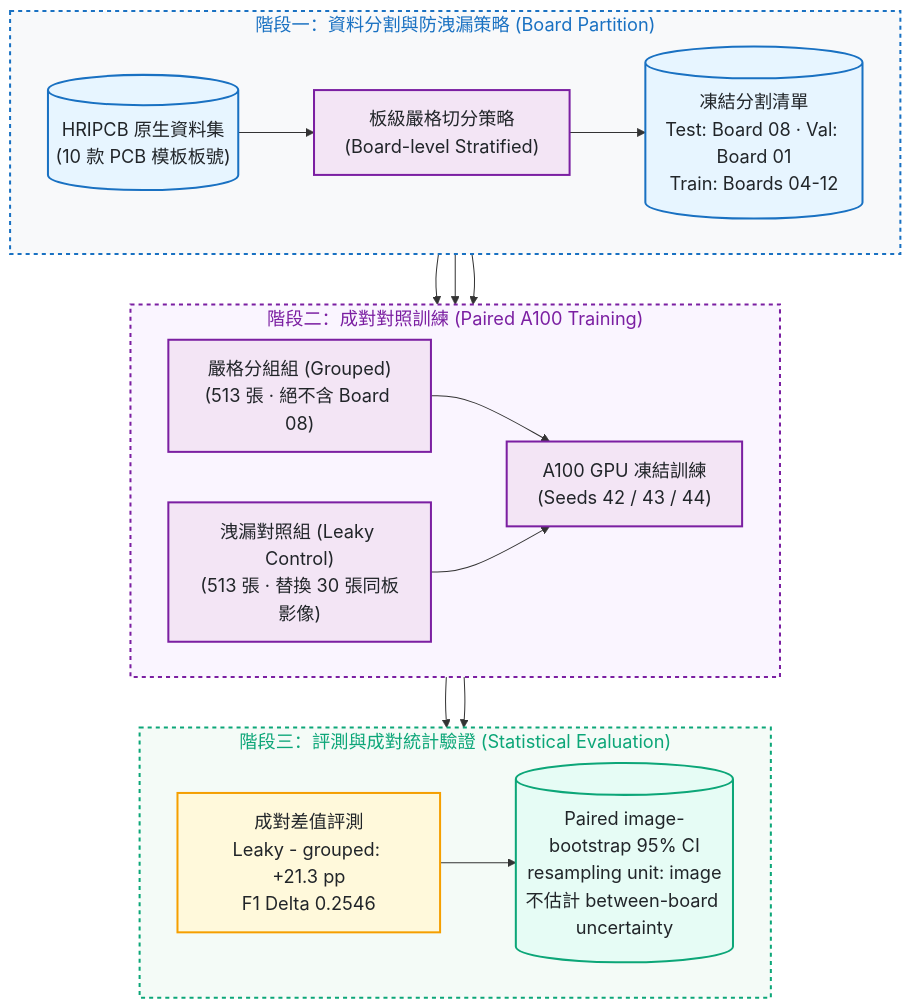
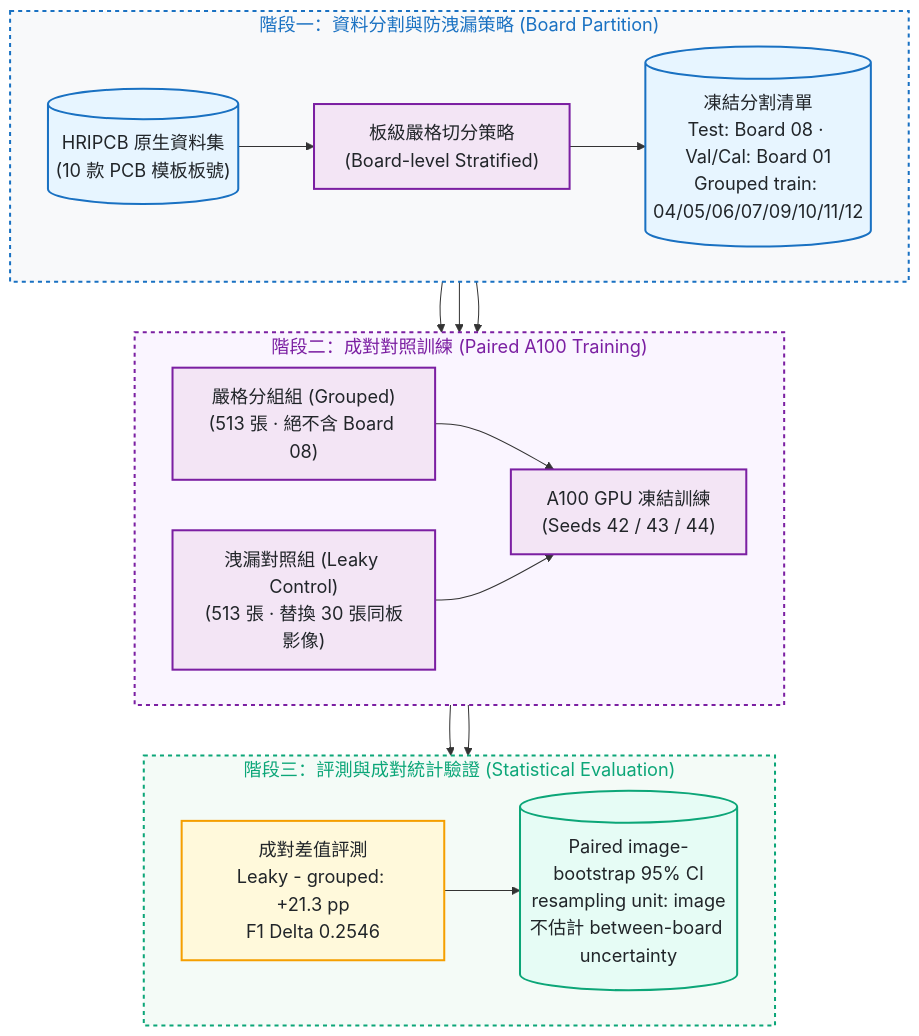
Before and after one commit to kuotunyu/pcb-defect-detection: the first of 2 diagrams in README.md, drawn with Mermaid. The commit also changed other lines of this file and 9 other files, not shown here.

````diff
--- a/README.md
+++ b/README.md
@@ -31,35 +40,35 @@
 ```mermaid
 %%{init: {'themeVariables': {'fontSize': '18px'}}}%%
 flowchart TD
     subgraph Stage1 ["階段一：資料分割與防洩漏策略 (Board Partition)"]
         direction LR
-        Raw[("HRIPCB 原生資料集<br/>(10 款 PCB 模板板號)")] --> Strat["板級嚴格切分策略<br/>(Board-level Stratified)"] --> Sets[("凍結分割清單<br/>Test: Board 08 · Val: Board 01<br/>Train: Boards 04-12")]
+        Raw[("HRIPCB 原生資料集<br/>(10 款 PCB 模板板號)")] --> Strat["板級嚴格切分策略<br/>(Board-level Stratified)"] --> Sets[("凍結分割清單<br/>Test: Board 08 · Val/Cal: Board 01<br/>Grouped train: 04/05/06/07/09/10/11/12")]
     end
 
     subgraph Stage2 ["階段二：成對對照訓練 (Paired A100 Training)"]
         direction LR
         Sets --> Grouped["嚴格分組組 (Grouped)<br/>(513 張 · 絕不含 Board 08)"] & Leaky["洩漏對照組 (Leaky Control)<br/>(513 張 · 替換 30 張同板影像)"]
         Grouped & Leaky --> A100["A100 GPU 凍結訓練<br/>(Seeds 42 / 43 / 44)"]
     end
 
     subgraph Stage3 ["階段三：評測與成對統計驗證 (Statistical Evaluation)"]
         direction LR
         A100 --> Delta["成對差值評測<br/>Leaky - grouped: +21.3 pp<br/>F1 Delta 0.2546"] --> Gate[("Paired image-bootstrap 95% CI<br/>resampling unit: image<br/>不估計 between-board uncertainty")]
     end
 
     Stage1 --> Stage2 --> Stage3
 
     classDef srcStyle fill:#e7f5ff,stroke:#1971c2,stroke-width:2px,color:#212529
     classDef procStyle fill:#f3e5f5,stroke:#7b1fa2,stroke-width:2px,color:#212529
     classDef gateStyle fill:#fff9db,stroke:#f59f00,stroke-width:2px,color:#212529
     classDef pubStyle fill:#e6fcf5,stroke:#0ca678,stroke-width:2px,color:#212529
 
     class Raw,Sets srcStyle
     class Strat,Grouped,Leaky,A100 procStyle
     class Delta gateStyle
     class Gate pubStyle
 
     style Stage1 fill:#f8f9fa,stroke:#1971c2,stroke-width:2px,color:#1971c2,stroke-dasharray: 4 4
     style Stage2 fill:#faf5ff,stroke:#7b1fa2,stroke-width:2px,color:#7b1fa2,stroke-dasharray: 4 4
     style Stage3 fill:#f4fbf7,stroke:#0ca678,stroke-width:2px,color:#0ca678,stroke-dasharray: 4 4
 ```
````
